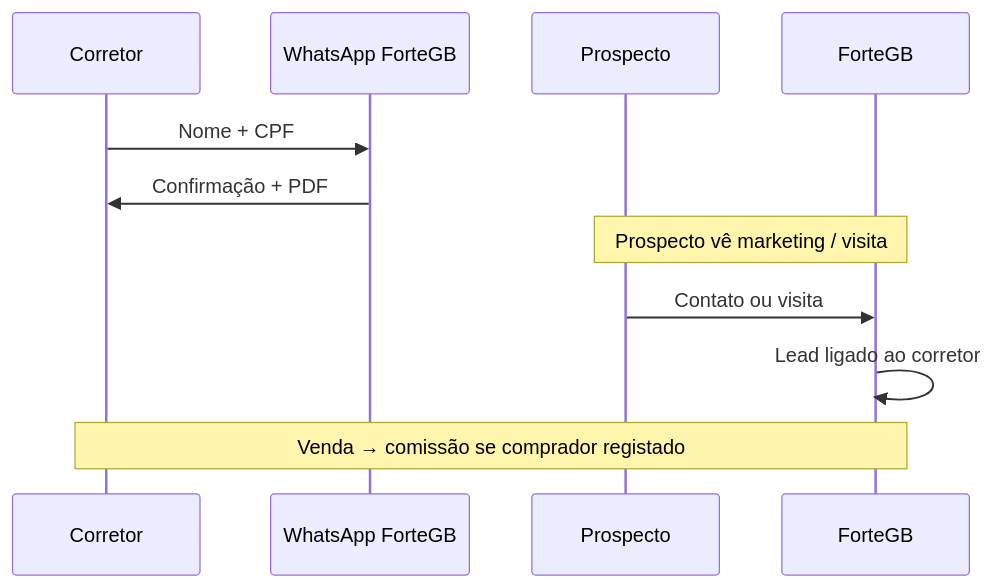
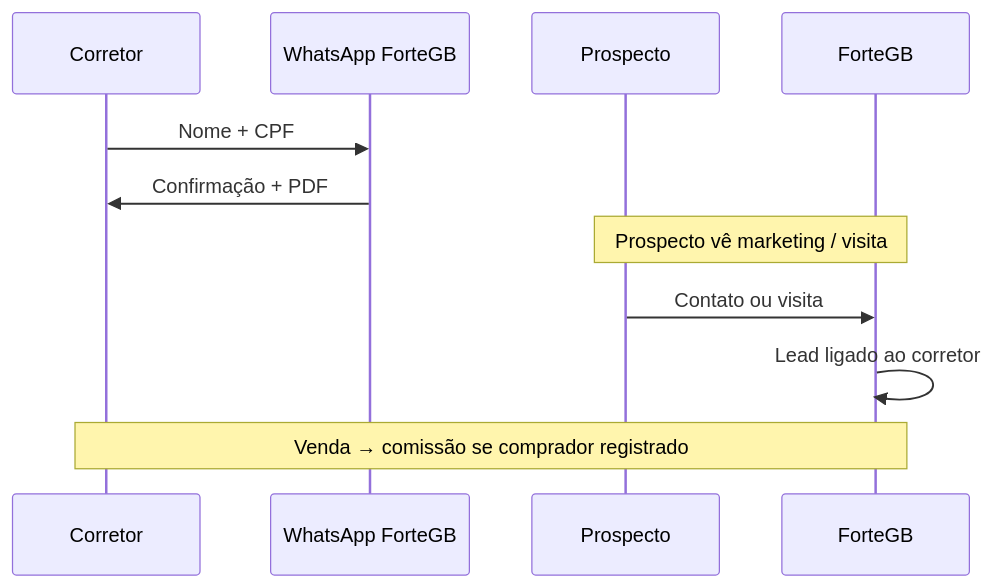
Before and after one commit to fortegb/platform: the third of 4 diagrams in docs/planning/apresentacao-socios.md, drawn with Mermaid. The commit also changed other lines of this file and 21 other files, not shown here.

````diff
--- a/docs/planning/apresentacao-socios.md
+++ b/docs/planning/apresentacao-socios.md
@@ -102,13 +102,13 @@
 ```mermaid
 sequenceDiagram
   participant Cor as Corretor
   participant Bot as WhatsApp ForteGB
   participant P as Prospecto
   participant FG as ForteGB
   Cor->>Bot: Nome + CPF
   Bot->>Cor: Confirmação + PDF
   Note over P,FG: Prospecto vê marketing / visita
   P->>FG: Contato ou visita
   FG->>FG: Lead ligado ao corretor
-  Note over FG,Cor: Venda → comissão se comprador registado
+  Note over FG,Cor: Venda → comissão se comprador registrado
 ```
````
